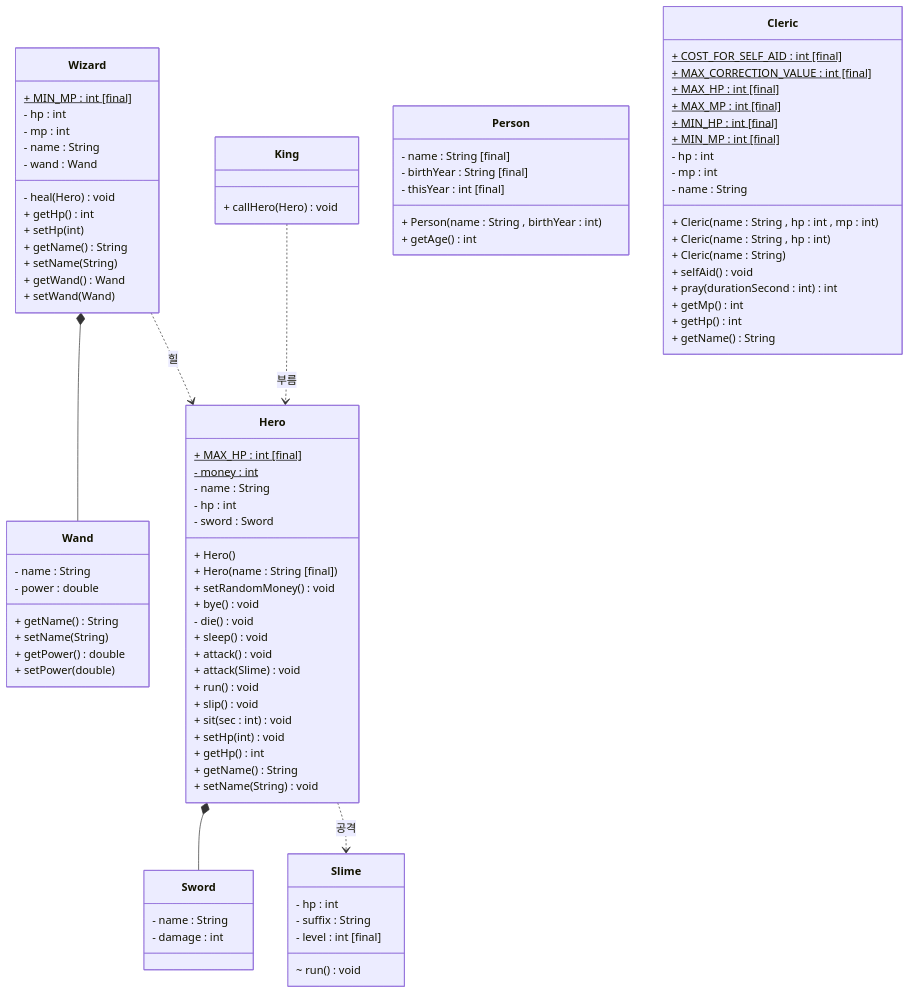
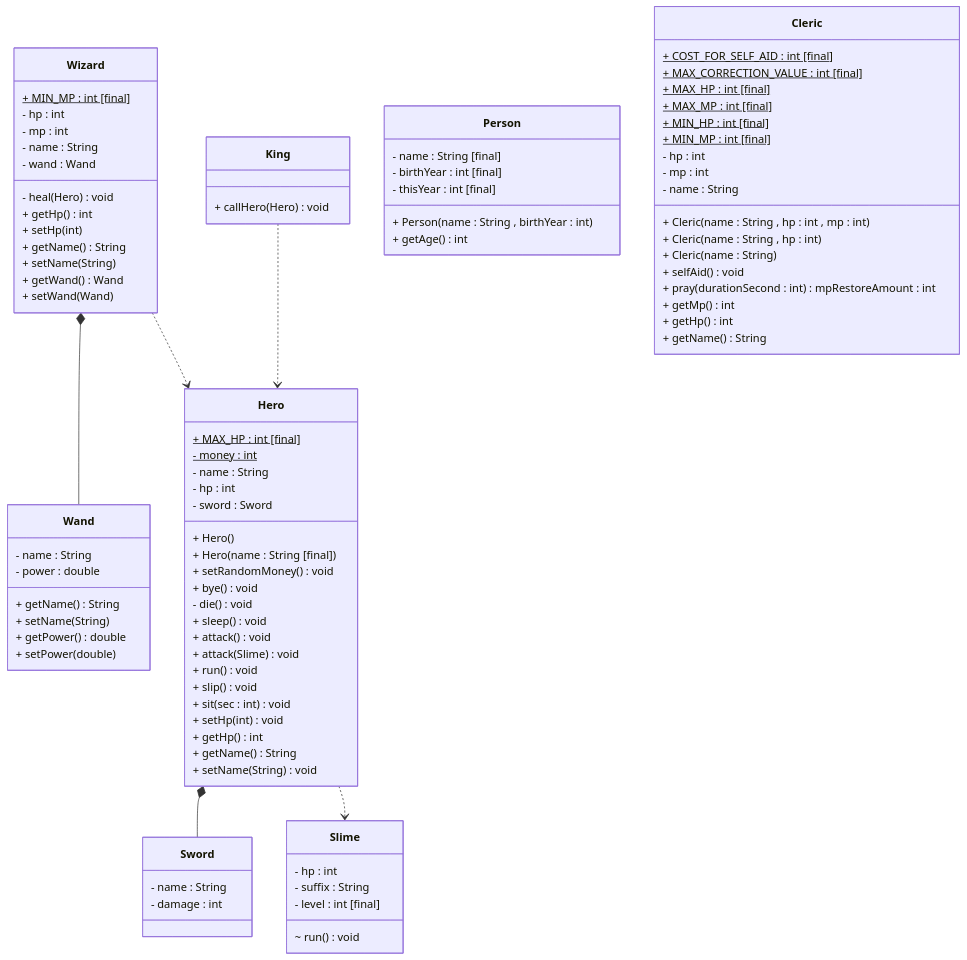
Before and after one commit to SurvivalCodingCampus/gangnam3-java-oop: the diagram in docs/Day6ClassDigram.md, drawn with Mermaid. The commit also changed 2 other files, not shown here.

Commit message:
fix: 다이어그램 오타 수정

````diff
--- a/docs/Day6ClassDigram.md
+++ b/docs/Day6ClassDigram.md
@@ -65,7 +65,7 @@
 
 class Person {
 - name : String [final]
-- birthYear : String [final]
+- birthYear : int [final]
 - thisYear : int [final]
 + Person(name : String , birthYear : int)
 + getAge() int
@@ -85,15 +85,15 @@
 + Cleric(name : String , hp : int )
 + Cleric(name : String )
 + selfAid() void
-+ pray(durationSecond : int) int
++ pray(durationSecond : int) mpRestoreAmount : int
 + getMp() int
 + getHp() int
 + getName() String
 }
 
 Wizard *-- Wand
-Wizard ..> Hero : 힐
-King ..> Hero : 부름
+Wizard ..> Hero
+King ..> Hero
 Hero *-- Sword
-Hero ..> Slime : 공격 
+Hero ..> Slime
 ```
````
